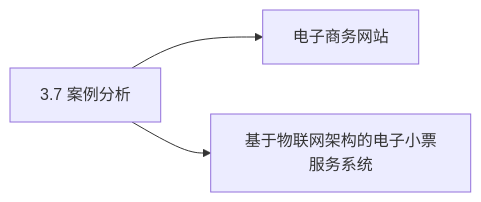
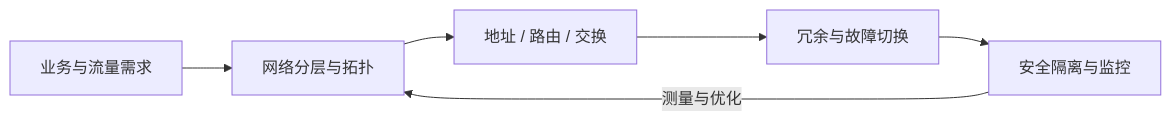
The seventh of 9 diagrams in docs/system-architecture-designer/01_官方大纲与考试政策/02_案例分析大纲脑图.md (mingf423/ruankao), drawn with Mermaid before and after one commit. The commit also changed other lines of this file, not shown here.

Commit message:
Redesign case diagrams as concise architecture concept maps

````diff
--- a/docs/system-architecture-designer/01_官方大纲与考试政策/02_案例分析大纲脑图.md
+++ b/docs/system-architecture-designer/01_官方大纲与考试政策/02_案例分析大纲脑图.md
@@ -223,8 +98,8 @@
 ```mermaid
 flowchart LR
-  R["3.7 案例分析"]
-  N1["电子商务网站"]
-  R --> N1
-  N2["基于物联网架构的电子小票服务系统"]
-  R --> N2
+  A["业务与流量需求"] --> B["网络分层与拓扑"]
+  B --> C["地址 / 路由 / 交换"]
+  C --> D["冗余与故障切换"]
+  D --> E["安全隔离与监控"]
+  E -->|"测量与优化"| B
 ```
````
